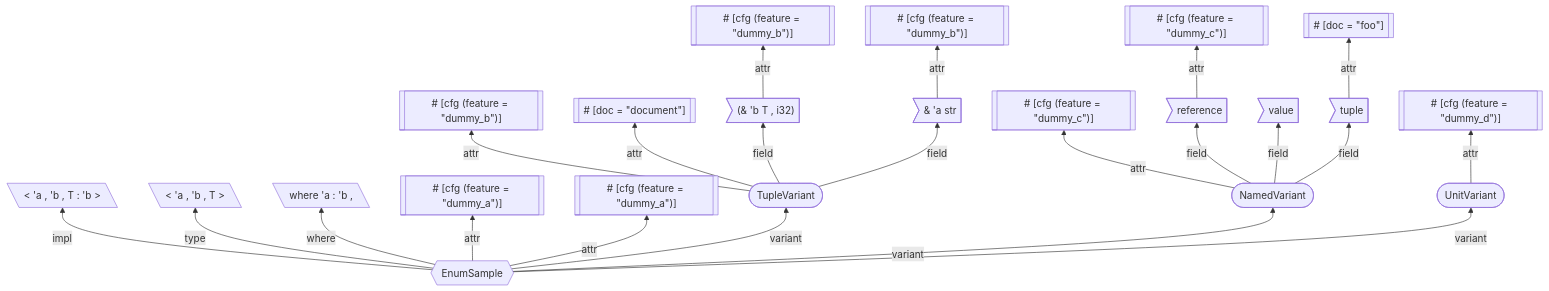
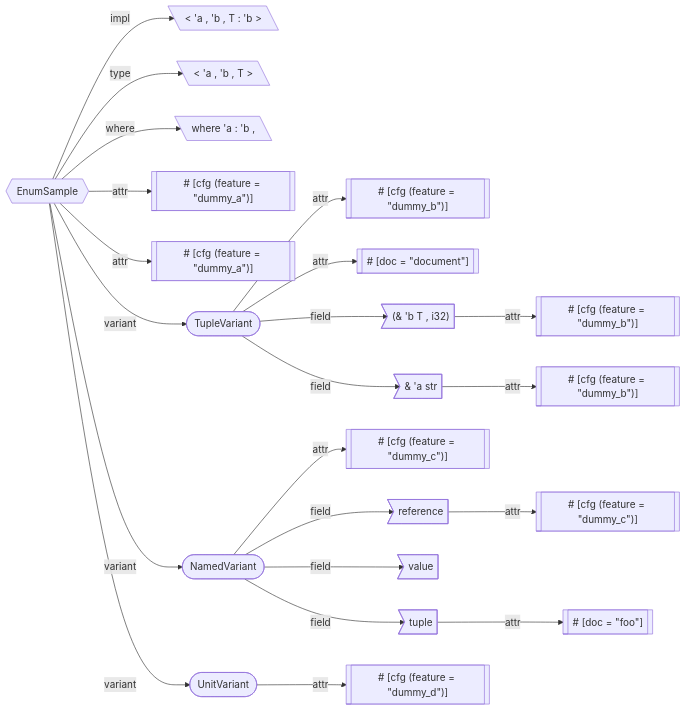
Before and after one commit to Tokeiya/proc_macro_survey: the diagram in output.mmd, drawn with Mermaid. The commit also changed 4 other files, not shown here.

Commit message:
Refactor `playground`: rename `ElementNode::new` to `from_token`, add `from_str`, update `type_proc`, adjust flowchart orientation, and optimize imports.

```diff
--- a/output.mmd
+++ b/output.mmd
@@ -1,47 +1,47 @@
 ---
 title:enum
 ---
-flowchart BT
-	14@{ shape: stadium,label: "NamedVariant" }
-	17@{ shape: subroutine,label: "#35; [cfg (feature = \"dummy_c\")]" }
-	18@{ shape: odd,label: "value" }
-	20@{ shape: subroutine,label: "#35; [doc = \"foo\"]" }
+flowchart LR
 	21@{ shape: stadium,label: "UnitVariant" }
+	10@{ shape: odd,label: "(& 'b T , i32)" }
+	1@{ shape: hexagon,label: "EnumSample" }
+	3@{ shape: lean-l,label: "< 'a , 'b , T >" }
+	9@{ shape: subroutine,label: "#35; [doc = \"document\"]" }
 	13@{ shape: subroutine,label: "#35; [cfg (feature = \"dummy_b\")]" }
+	16@{ shape: odd,label: "reference" }
+	19@{ shape: odd,label: "tuple" }
 	22@{ shape: subroutine,label: "#35; [cfg (feature = \"dummy_d\")]" }
-	1@{ shape: hexagon,label: "EnumSample" }
-	10@{ shape: odd,label: "(& 'b T , i32)" }
+	5@{ shape: subroutine,label: "#35; [cfg (feature = \"dummy_a\")]" }
 	6@{ shape: subroutine,label: "#35; [cfg (feature = \"dummy_a\")]" }
-	11@{ shape: subroutine,label: "#35; [cfg (feature = \"dummy_b\")]" }
-	2@{ shape: lean-l,label: "< 'a , 'b , T : 'b >" }
-	15@{ shape: subroutine,label: "#35; [cfg (feature = \"dummy_c\")]" }
-	5@{ shape: subroutine,label: "#35; [cfg (feature = \"dummy_a\")]" }
-	8@{ shape: subroutine,label: "#35; [cfg (feature = \"dummy_b\")]" }
-	19@{ shape: odd,label: "tuple" }
-	3@{ shape: lean-l,label: "< 'a , 'b , T >" }
 	4@{ shape: lean-l,label: "where 'a : 'b ," }
 	7@{ shape: stadium,label: "TupleVariant" }
-	9@{ shape: subroutine,label: "#35; [doc = \"document\"]" }
+	8@{ shape: subroutine,label: "#35; [cfg (feature = \"dummy_b\")]" }
+	15@{ shape: subroutine,label: "#35; [cfg (feature = \"dummy_c\")]" }
+	17@{ shape: subroutine,label: "#35; [cfg (feature = \"dummy_c\")]" }
+	20@{ shape: subroutine,label: "#35; [doc = \"foo\"]" }
+	2@{ shape: lean-l,label: "< 'a , 'b , T : 'b >" }
 	12@{ shape: odd,label: "& 'a str" }
-	16@{ shape: odd,label: "reference" }
+	14@{ shape: stadium,label: "NamedVariant" }
+	18@{ shape: odd,label: "value" }
+	11@{ shape: subroutine,label: "#35; [cfg (feature = \"dummy_b\")]" }
 	1 -- "impl" --> 2
 	1 -- "type" --> 3
 	1 -- "where" --> 4
 	1 -- "attr" --> 5
 	1 -- "attr" --> 6
 	1 -- "variant" --> 7
 	1 -- "variant" --> 14
 	1 -- "variant" --> 21
 	7 -- "attr" --> 8
 	7 -- "attr" --> 9
 	7 -- "field" --> 10
 	7 -- "field" --> 12
 	10 -- "attr" --> 11
 	12 -- "attr" --> 13
 	14 -- "attr" --> 15
 	14 -- "field" --> 16
 	14 -- "field" --> 18
 	14 -- "field" --> 19
 	16 -- "attr" --> 17
 	19 -- "attr" --> 20
 	21 -- "attr" --> 22
```
